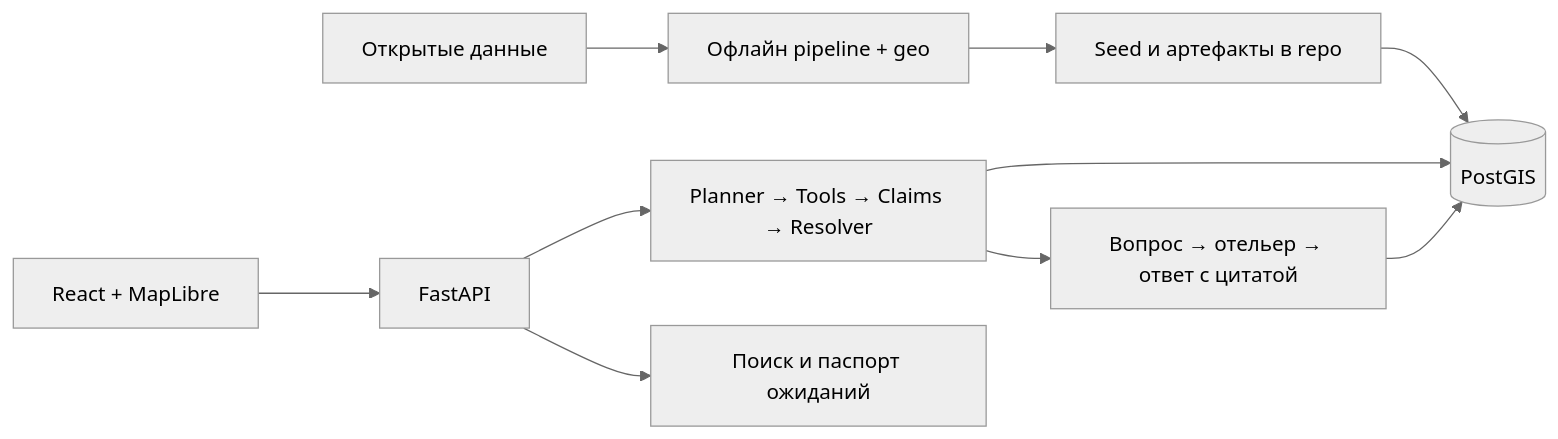
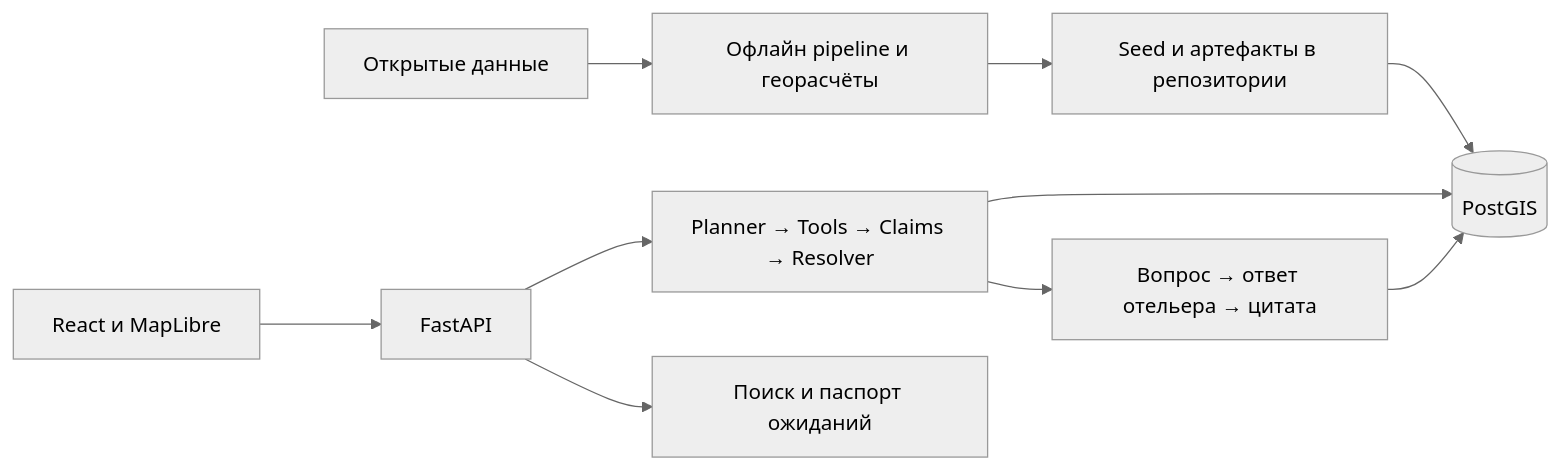
The diagram in README.md (shttrkk/okoshko), drawn with Mermaid (neutral theme) before and after one commit. The commit also changed other lines of this file and 2 other files, not shown here.

````diff
--- a/README.md
+++ b/README.md
@@ -99,12 +110,12 @@
 ```mermaid
 flowchart LR
-  D[Открытые данные] --> P[Офлайн pipeline + geo]
-  P --> S[Seed и артефакты в repo]
+  D[Открытые данные] --> P[Офлайн pipeline и георасчёты]
+  P --> S[Seed и артефакты в репозитории]
   S --> DB[(PostGIS)]
-  U[React + MapLibre] --> A[FastAPI]
+  U[React и MapLibre] --> A[FastAPI]
   A --> R[Planner → Tools → Claims → Resolver]
   R --> DB
-  R --> H[Вопрос → отельер → ответ с цитатой]
+  R --> H[Вопрос → ответ отельера → цитата]
   H --> DB
   A --> E[Поиск и паспорт ожиданий]
 ```
````
